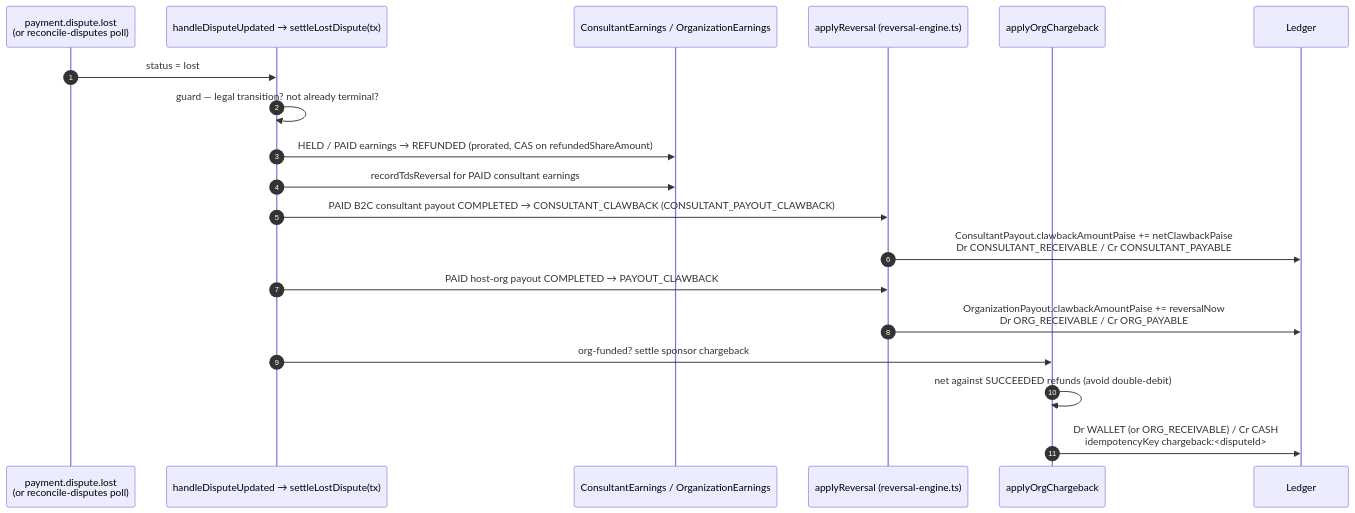
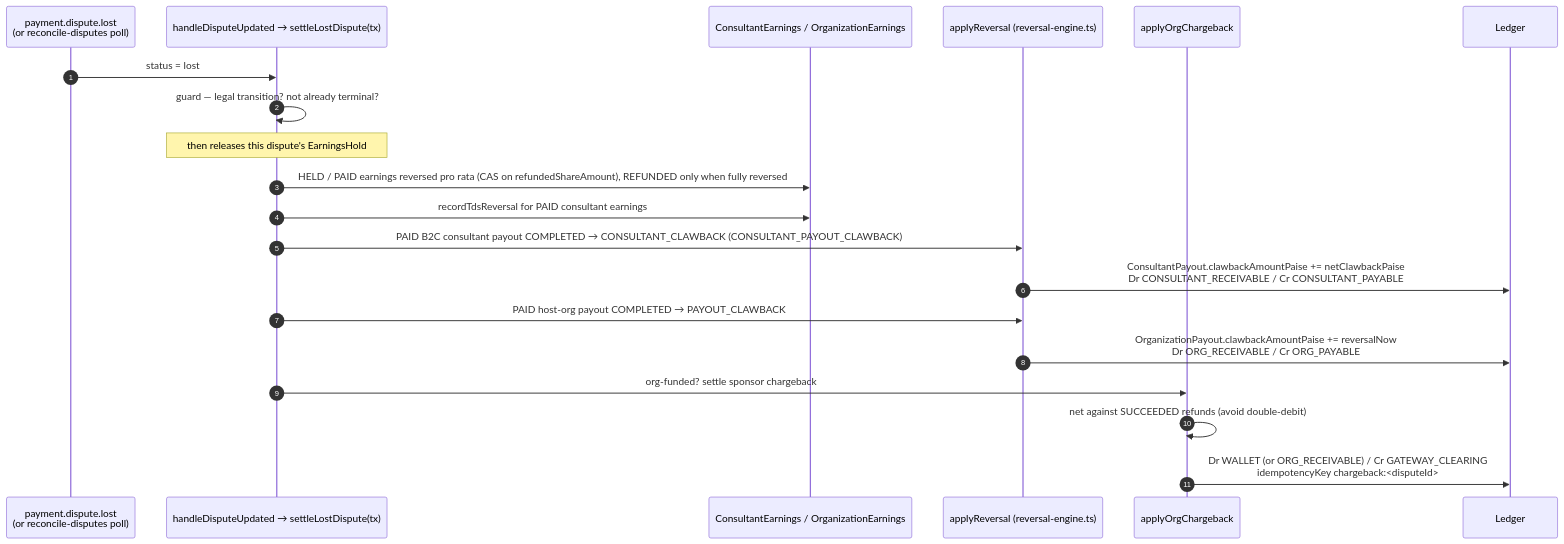
The second of 2 diagrams in docs/enterprise/10-money-and-ledger/11-disputes.md (Practitionist/familiarise_web), drawn with Mermaid before and after one commit. The commit also changed other lines of this file and 45 other files, not shown here.

````diff
--- a/docs/enterprise/10-money-and-ledger/11-disputes.md
+++ b/docs/enterprise/10-money-and-ledger/11-disputes.md
@@ -105,22 +105,23 @@
 ```mermaid
 sequenceDiagram
     autonumber
     participant GW as payment.dispute.lost<br/>(or reconcile-disputes poll)
     participant H as handleDisputeUpdated → settleLostDispute(tx)
     participant E as ConsultantEarnings / OrganizationEarnings
     participant RE as applyReversal (reversal-engine.ts)
     participant Org as applyOrgChargeback
     participant L as Ledger
 
     GW->>H: status = lost
     H->>H: guard — legal transition? not already terminal?
-    H->>E: HELD / PAID earnings → REFUNDED (prorated, CAS on refundedShareAmount)
+    Note over H: then releases this dispute's EarningsHold
+    H->>E: HELD / PAID earnings reversed pro rata (CAS on refundedShareAmount), REFUNDED only when fully reversed
     H->>E: recordTdsReversal for PAID consultant earnings
     H->>RE: PAID B2C consultant payout COMPLETED → CONSULTANT_CLAWBACK (CONSULTANT_PAYOUT_CLAWBACK)
     RE->>L: ConsultantPayout.clawbackAmountPaise += netClawbackPaise<br/>Dr CONSULTANT_RECEIVABLE / Cr CONSULTANT_PAYABLE
     H->>RE: PAID host-org payout COMPLETED → PAYOUT_CLAWBACK
     RE->>L: OrganizationPayout.clawbackAmountPaise += reversalNow<br/>Dr ORG_RECEIVABLE / Cr ORG_PAYABLE
     H->>Org: org-funded? settle sponsor chargeback
     Org->>Org: net against SUCCEEDED refunds (avoid double-debit)
-    Org->>L: Dr WALLET (or ORG_RECEIVABLE) / Cr CASH<br/>idempotencyKey chargeback:<disputeId>
+    Org->>L: Dr WALLET (or ORG_RECEIVABLE) / Cr GATEWAY_CLEARING<br/>idempotencyKey chargeback:<disputeId>
 ```
````
